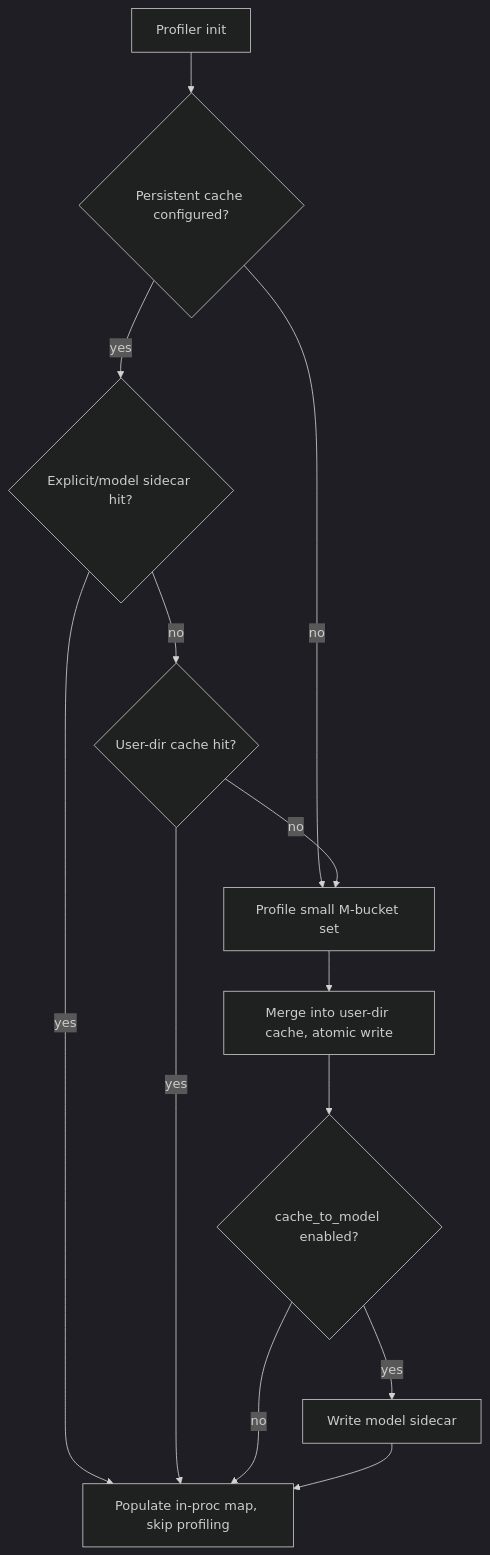
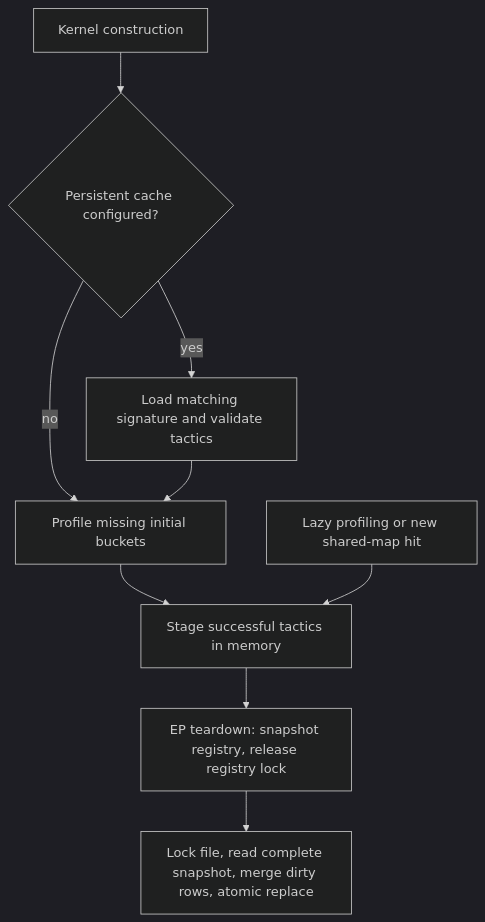
The diagram in docs/contrib_ops/cuda/gemm_profiler_cache.md (microsoft/onnxruntime), drawn with Mermaid (dark theme) before and after one commit. The commit also changed other lines of this file and 12 other files, not shown here.

````diff
--- a/docs/contrib_ops/cuda/gemm_profiler_cache.md
+++ b/docs/contrib_ops/cuda/gemm_profiler_cache.md
@@ -212,15 +196,11 @@
 ```mermaid
 flowchart TD
-  A[Profiler init] --> Z{Persistent cache configured?}
-  Z -- no --> D[Profile using in-process cache only]
-  Z -- yes --> B{Explicit/model sidecar hit?}
-  B -- yes --> H[Populate in-proc map, skip profiling]
-  B -- no --> C{User-dir cache hit?}
-  C -- yes --> H
-  C -- no --> D[Profile small M-bucket set]
-  D --> E[Merge into user-dir cache, atomic write]
-  E --> F{cache_to_model enabled?}
-  F -- yes --> G[Write model sidecar]
-  F -- no --> H
-  G --> H
+  A[Kernel construction] --> B{Persistent cache configured?}
+  B -- yes --> C[Load matching signature and validate tactics]
+  B -- no --> D[Profile missing initial buckets]
+  C --> D
+  D --> E[Stage successful tactics in memory]
+  F[Lazy profiling or new shared-map hit] --> E
+  E --> G[EP teardown: snapshot registry, release registry lock]
+  G --> H[Lock file, read complete snapshot, merge dirty rows, atomic replace]
 ```
````
